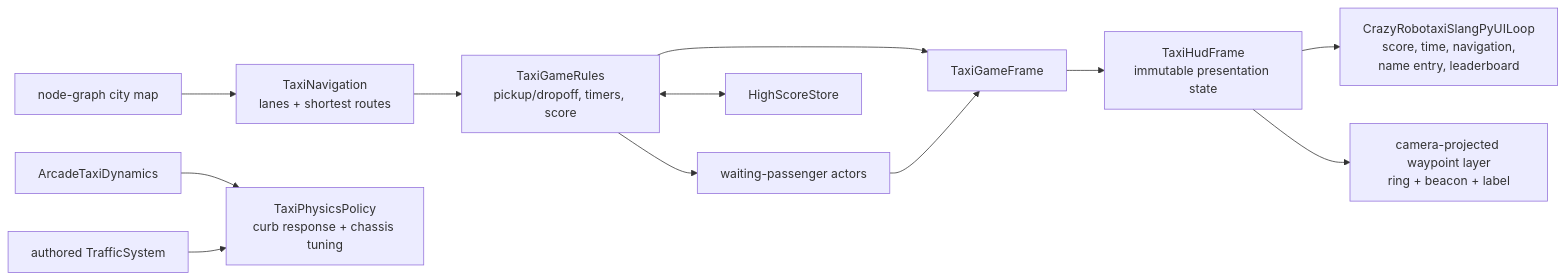
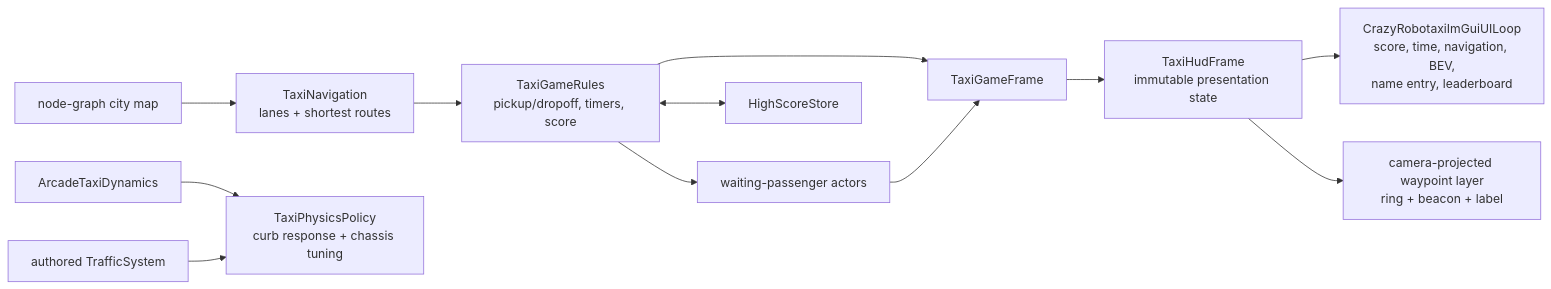
One commit to NVIDIA/flashdreams changed the fifth of 6 diagrams in docs/design/crazy_robotaxi_v2_architecture.md. Above: the diagram before and after it, drawn with Mermaid. The commit also changed other lines of this file and 9 other files, not shown here.

````diff
--- a/docs/design/crazy_robotaxi_v2_architecture.md
+++ b/docs/design/crazy_robotaxi_v2_architecture.md
@@ -247,24 +248,24 @@
 ```mermaid
 flowchart LR
     MAP["node-graph city map"]
     NAV["TaxiNavigation<br/>lanes + shortest routes"]
     FARES["TaxiGameRules<br/>pickup/dropoff, timers, score"]
     TAXI["ArcadeTaxiDynamics"]
     TAXIPHYS["TaxiPhysicsPolicy<br/>curb response + chassis tuning"]
     TRAFFIC["authored TrafficSystem"]
     PASSENGERS["waiting-passenger actors"]
     SCORES["HighScoreStore"]
     FRAME["TaxiGameFrame"]
     HUDSTATE["TaxiHudFrame<br/>immutable presentation state"]
     WAYPOINTS["camera-projected waypoint layer<br/>ring + beacon + label"]
-    IMGUI["CrazyRobotaxiSlangPyUILoop<br/>score, time, navigation,<br/>name entry, leaderboard"]
+    IMGUI["CrazyRobotaxiImGuiUILoop<br/>score, time, navigation, BEV,<br/>name entry, leaderboard"]
 
     MAP --> NAV --> FARES
     TAXI --> TAXIPHYS
     TRAFFIC --> TAXIPHYS
     FARES --> PASSENGERS
     FARES <--> SCORES
     FARES --> FRAME --> HUDSTATE --> IMGUI
     HUDSTATE --> WAYPOINTS
     PASSENGERS --> FRAME
 ```
````
